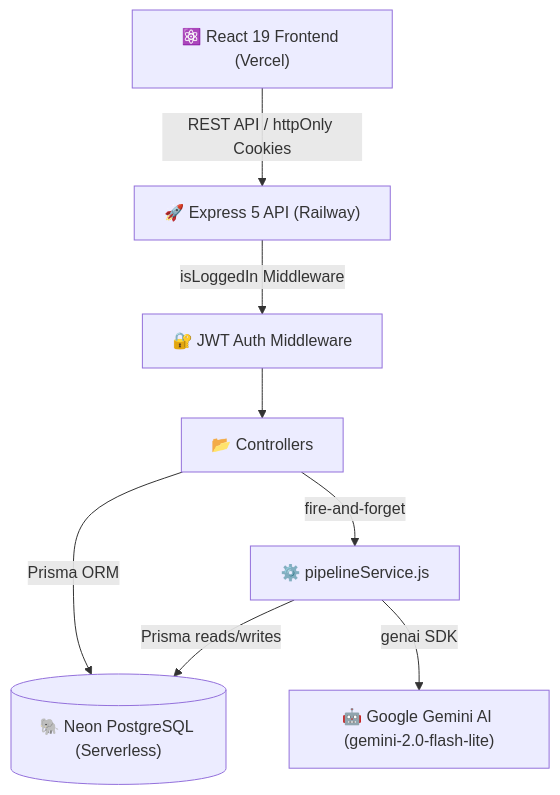
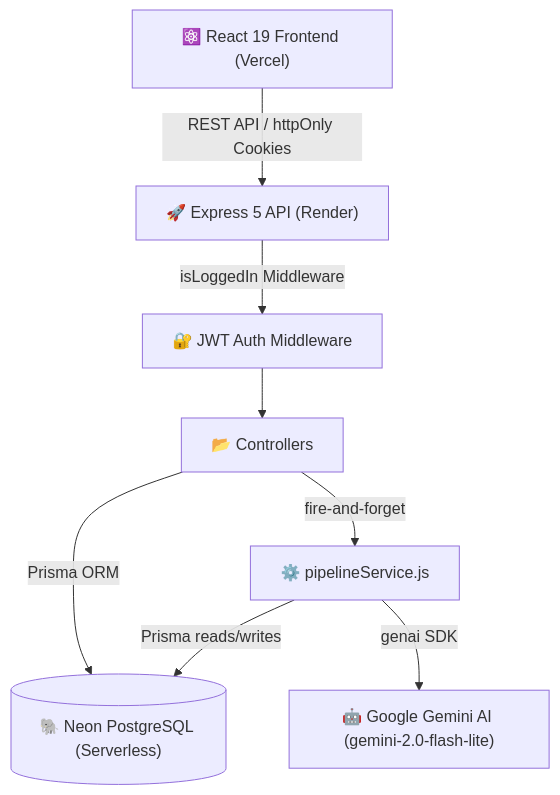
Before and after one commit to boxbiswas/AI_CODE_REVIEW_ASSISTANT: the first of 6 diagrams in README.md, drawn with Mermaid. The commit also changed other lines of this file, not shown here.

Commit message:
docs: update README with pie charts and Render, fix Vercel SPA routing

````diff
--- a/README.md
+++ b/README.md
@@ -68,10 +68,10 @@
 ```mermaid
 graph TD
-  Client["⚛️ React 19 Frontend (Vercel)"] -->|REST API / httpOnly Cookies| API["🚀 Express 5 API (Railway)"]
+  Client["⚛️ React 19 Frontend (Vercel)"] -->|REST API / httpOnly Cookies| API["🚀 Express 5 API (Render)"]
   API -->|isLoggedIn Middleware| MW["🔐 JWT Auth Middleware"]
   MW --> Controllers["📂 Controllers"]
   Controllers -->|Prisma ORM| DB[("🐘 Neon PostgreSQL (Serverless)")]
   Controllers -->|fire-and-forget| Pipeline["⚙️ pipelineService.js"]
   Pipeline -->|Prisma reads/writes| DB
   Pipeline -->|genai SDK| Gemini["🤖 Google Gemini AI (gemini-2.0-flash-lite)"]
 ```
````
